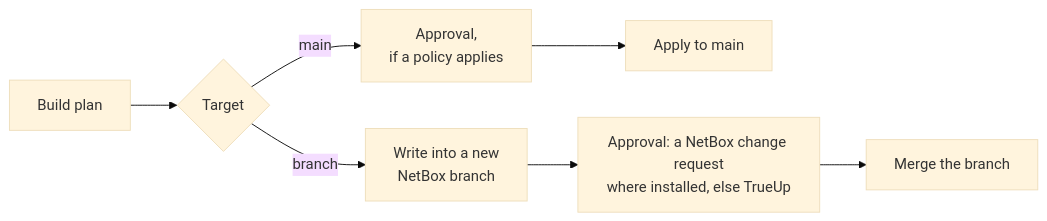
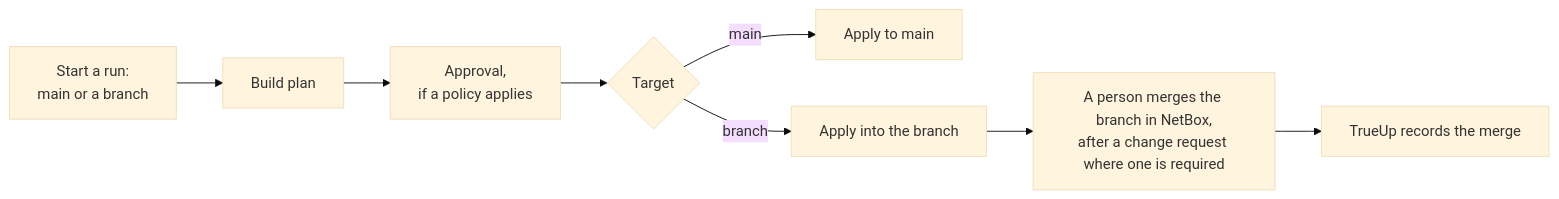
One commit to zeddD1abl0/netbox-trueup-ai changed the sixth of 10 diagrams in docs/architecture.md. Above: the diagram before and after it, drawn with Mermaid (base theme). The commit also changed other lines of this file and 5 other files, not shown here.

First line of the commit message:
docs(roadmap): plan milestone 2 (#34)

````diff
--- a/docs/architecture.md
+++ b/docs/architecture.md
@@ -431,9 +440,10 @@
 ```mermaid
 flowchart LR
-    build["Build plan"] --> target{"Target"}
-    target -->|"main"| approve1["Approval,<br/>if a policy applies"]
-    approve1 --> apply["Apply to main"]
-    target -->|"branch"| write["Write into a new<br/>NetBox branch"]
-    write --> approve2["Approval: a NetBox change request<br/>where installed, else TrueUp"]
-    approve2 --> merge["Merge the branch"]
+    run["Start a run:<br/>main or a branch"] --> build["Build plan"]
+    build --> approve["Approval,<br/>if a policy applies"]
+    approve --> target{"Target"}
+    target -->|"main"| apply["Apply to main"]
+    target -->|"branch"| write["Apply into the branch"]
+    write --> merge["A person merges the branch in NetBox,<br/>after a change request where one is required"]
+    merge --> record["TrueUp records the merge"]
 ```
````
